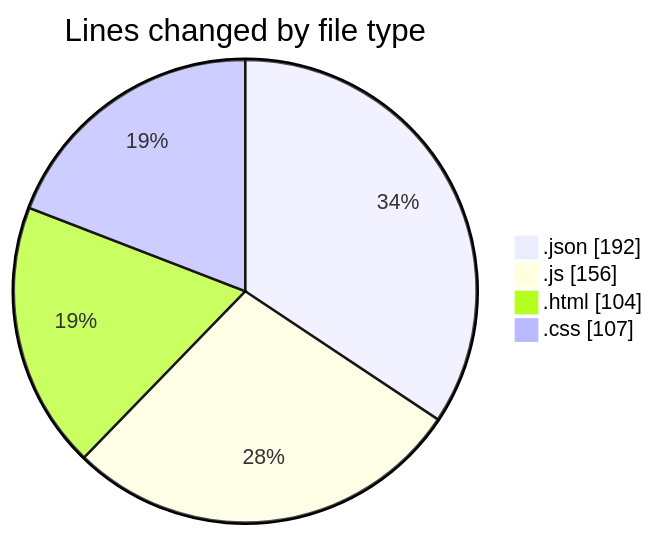
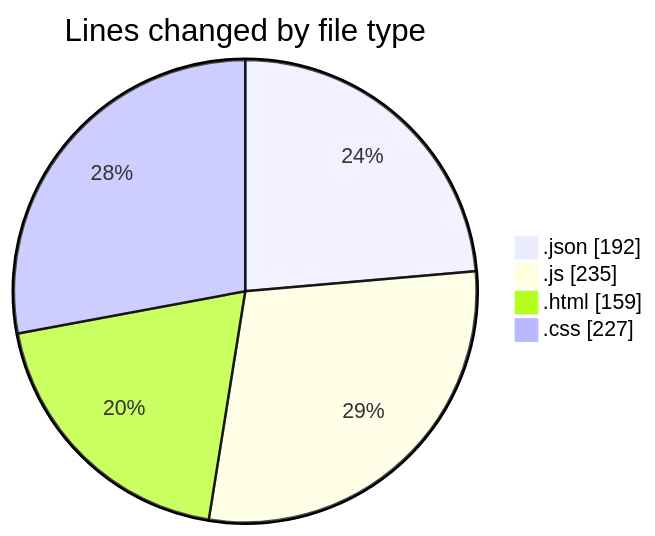
One commit to Ritupan-Deka/code-tracking changed the first of 2 diagrams in 2025-07-05/hidden_search_widget/README.md. Above: the diagram before and after it, drawn with Mermaid. The commit also changed other lines of this file and 1 other file, not shown here.

````diff
--- a/2025-07-05/hidden_search_widget/README.md
+++ b/2025-07-05/hidden_search_widget/README.md
@@ -23,8 +26,8 @@
 ```mermaid
 pie showData
 title Lines changed by file type
 ".json" : 192
-".js" : 156
-".html" : 104
-".css" : 107
+".js" : 235
+".html" : 159
+".css" : 227
 ```
````
